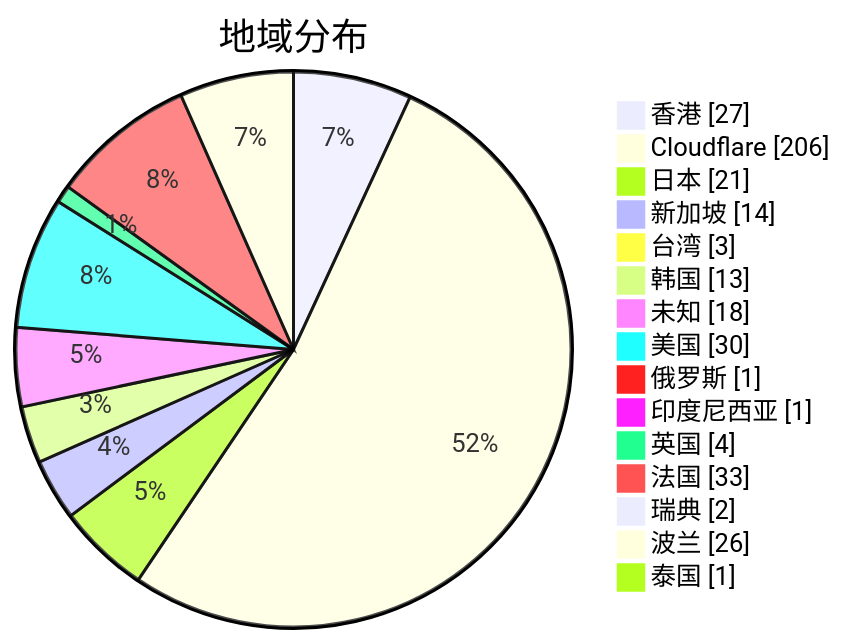
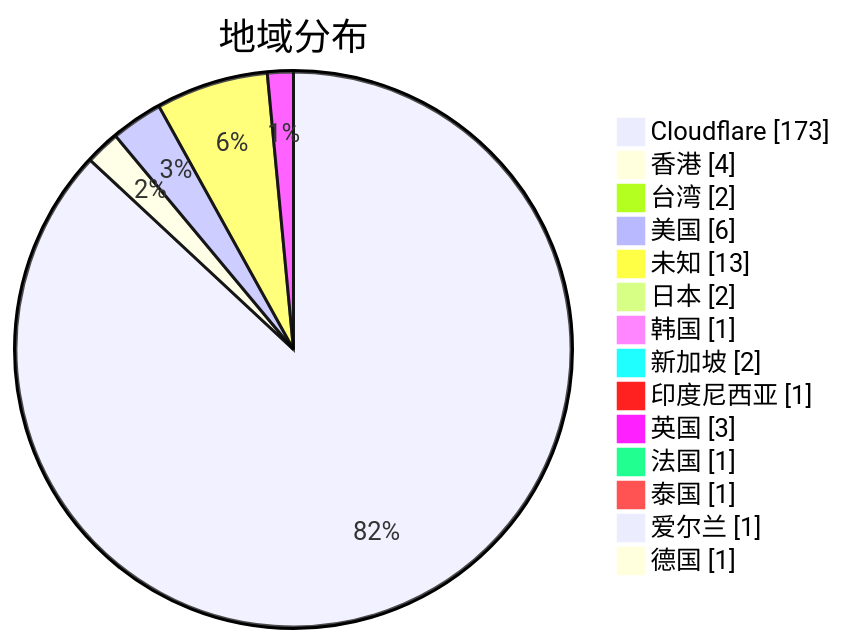
The second of 3 diagrams in subs/statistics/tested_within.md (qjlxg/airport), drawn with Mermaid before and after one commit. The commit also changed other lines of this file and 2 other files, not shown here.

Commit message:
Tested by metaST

````diff
--- a/subs/statistics/tested_within.md
+++ b/subs/statistics/tested_within.md
@@ -13,19 +12,18 @@
 ```mermaid
 pie showData
 title 地域分布
-"香港" : 27
-"Cloudflare" : 206
-"日本" : 21
-"新加坡" : 14
-"台湾" : 3
-"韩国" : 13
-"未知" : 18
-"美国" : 30
-"俄罗斯" : 1
+"Cloudflare" : 173
+"香港" : 4
+"台湾" : 2
+"美国" : 6
+"未知" : 13
+"日本" : 2
+"韩国" : 1
+"新加坡" : 2
 "印度尼西亚" : 1
-"英国" : 4
-"法国" : 33
-"瑞典" : 2
-"波兰" : 26
+"英国" : 3
+"法国" : 1
 "泰国" : 1
+"爱尔兰" : 1
+"德国" : 1
 ```
````
